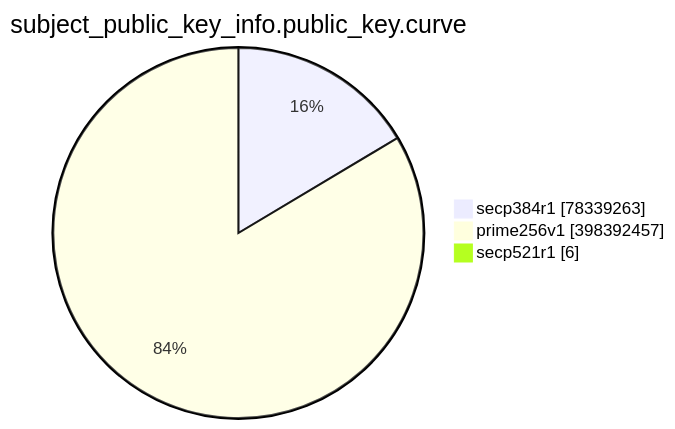
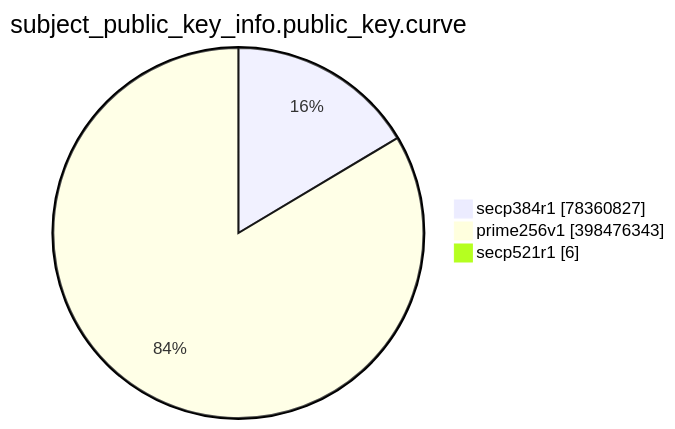
The eighth of 15 diagrams in TOTAL/README.md (christiankrug/ctmonitor_visualization), drawn with Mermaid before and after one commit. The commit also changed other lines of this file, not shown here.

````diff
--- a/TOTAL/README.md
+++ b/TOTAL/README.md
@@ -3095,7 +3095,7 @@
 ```mermaid
 pie showData
 title subject_public_key_info.public_key.curve
-"secp384r1" :78339263
-"prime256v1" :398392457
+"secp384r1" :78360827
+"prime256v1" :398476343
 "secp521r1" :6
 ```
````
